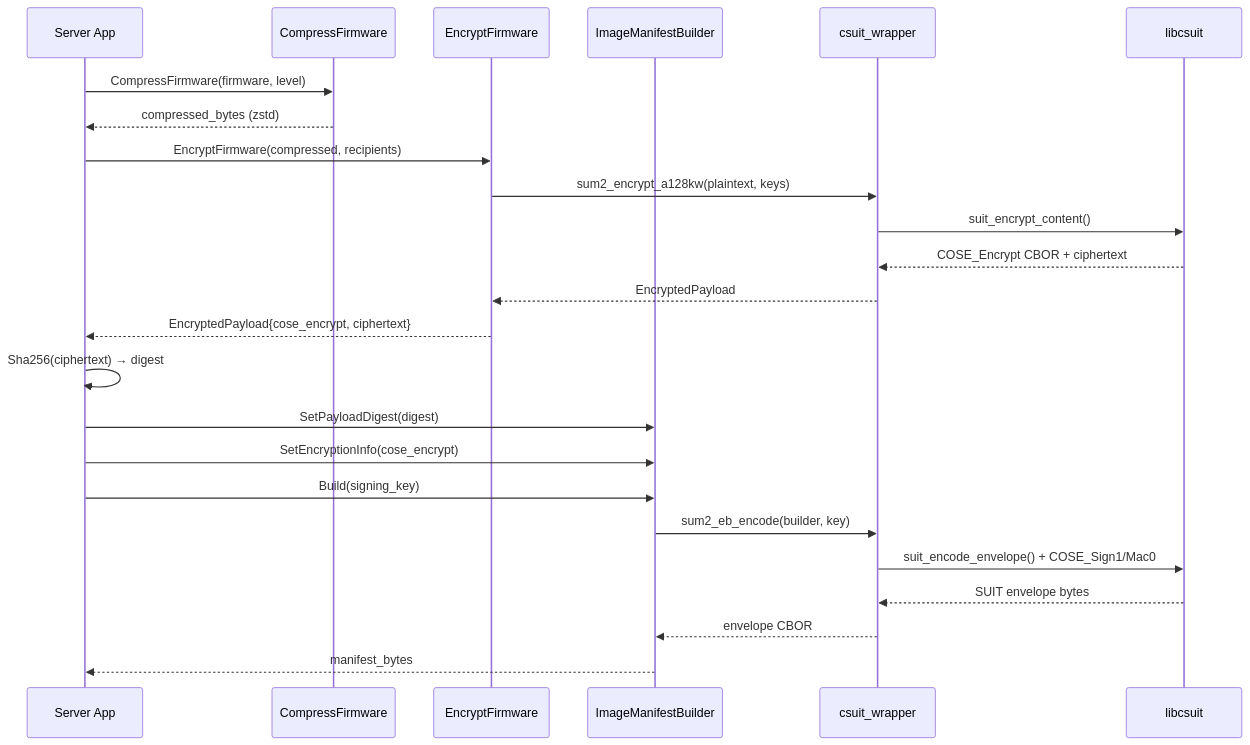
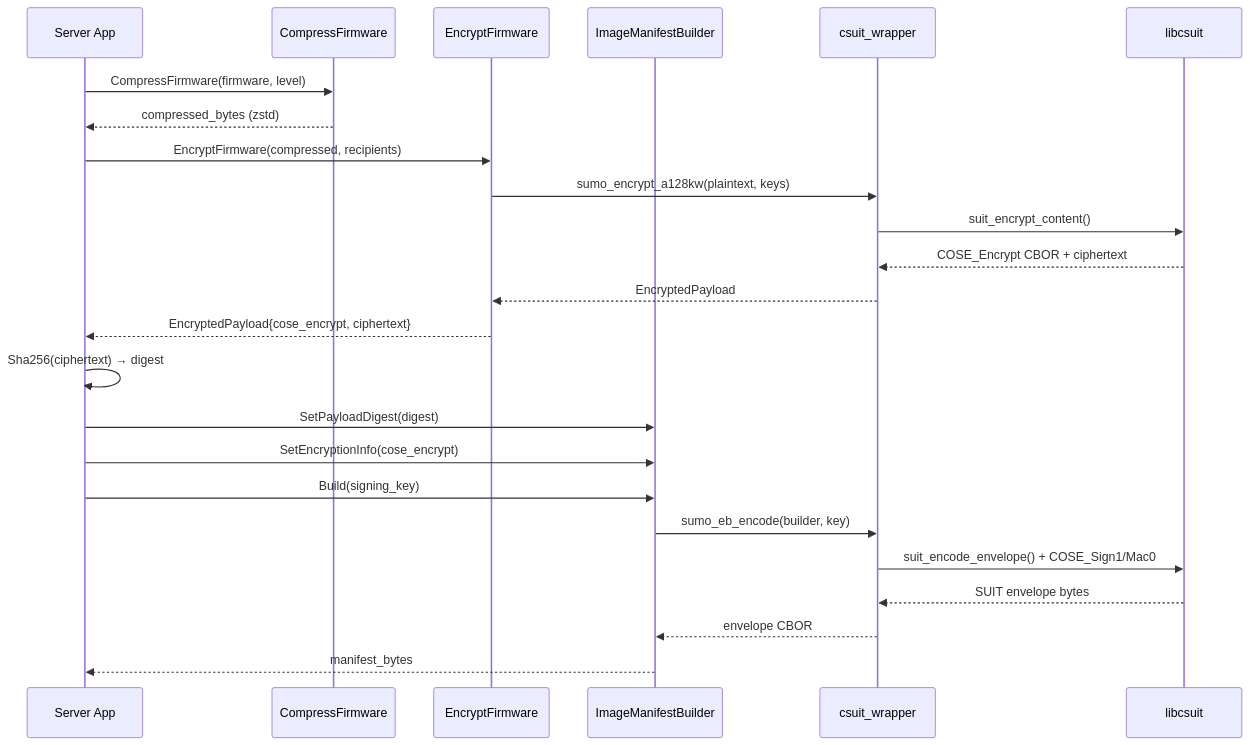
Before and after one commit to tr-sdv-sandbox/libsumo: the fifth of 8 diagrams in ARCHITECTURE.md, drawn with Mermaid. The commit also changed other lines of this file and 41 other files, not shown here.

First line of the commit message:
Rename sum2/SUM2/libsum2 → sumo/SUMO/libsumo throughout codebase

````diff
--- a/ARCHITECTURE.md
+++ b/ARCHITECTURE.md
@@ -231,27 +231,27 @@
 ```mermaid
 sequenceDiagram
     participant App as Server App
     participant Comp as CompressFirmware
     participant Enc as EncryptFirmware
     participant IMB as ImageManifestBuilder
     participant CW as csuit_wrapper
     participant CS as libcsuit
 
     App->>Comp: CompressFirmware(firmware, level)
     Comp-->>App: compressed_bytes (zstd)
     App->>Enc: EncryptFirmware(compressed, recipients)
-    Enc->>CW: sum2_encrypt_a128kw(plaintext, keys)
+    Enc->>CW: sumo_encrypt_a128kw(plaintext, keys)
     CW->>CS: suit_encrypt_content()
     CS-->>CW: COSE_Encrypt CBOR + ciphertext
     CW-->>Enc: EncryptedPayload
     Enc-->>App: EncryptedPayload{cose_encrypt, ciphertext}
     App->>App: Sha256(ciphertext) → digest
     App->>IMB: SetPayloadDigest(digest)
     App->>IMB: SetEncryptionInfo(cose_encrypt)
     App->>IMB: Build(signing_key)
-    IMB->>CW: sum2_eb_encode(builder, key)
+    IMB->>CW: sumo_eb_encode(builder, key)
     CW->>CS: suit_encode_envelope() + COSE_Sign1/Mac0
     CS-->>CW: SUIT envelope bytes
     CW-->>IMB: envelope CBOR
     IMB-->>App: manifest_bytes
 ```
````
